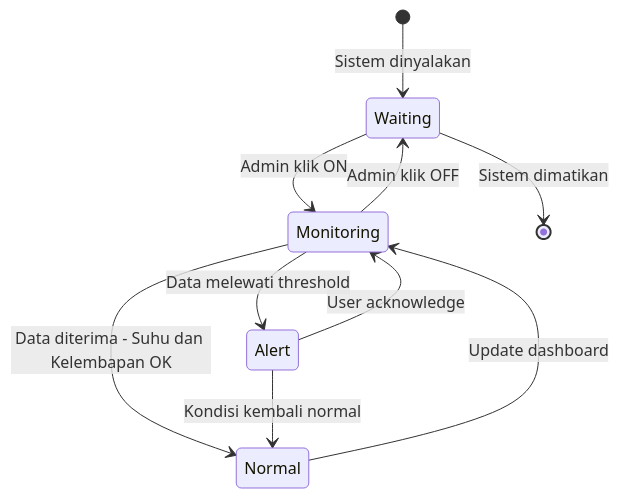
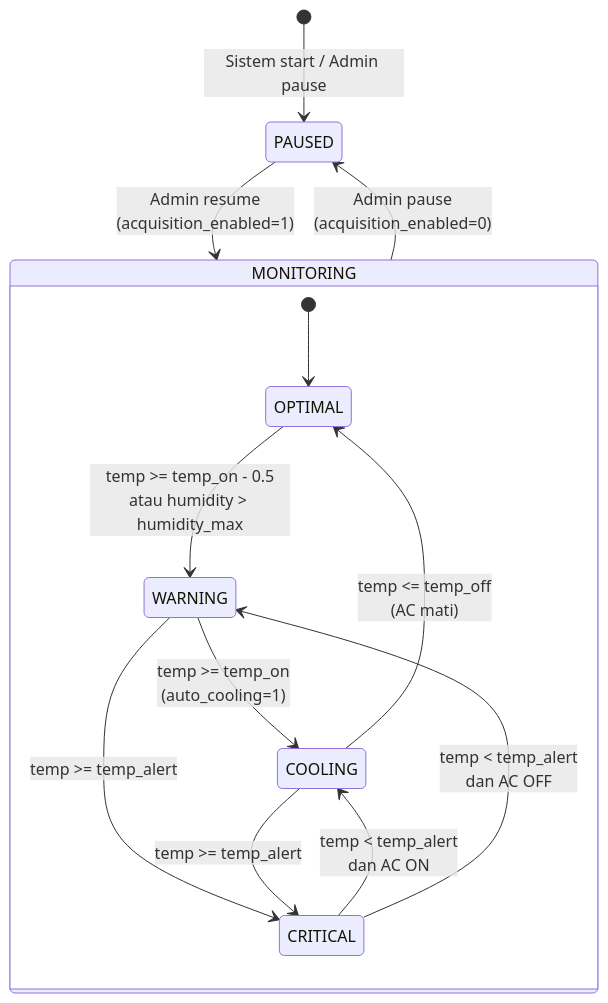
Before and after one commit to RPLUNIT052026/kelompok4-digitaltwin: the sixth of 6 diagrams in sprint-2/System_Modeling/01-analisis-sistem.md, drawn with Mermaid. The commit also changed other lines of this file, not shown here.

````diff
--- a/sprint-2/System_Modeling/01-analisis-sistem.md
+++ b/sprint-2/System_Modeling/01-analisis-sistem.md
@@ -174,15 +306,18 @@
 ```mermaid
 stateDiagram-v2
-    [*] --> Waiting : Sistem dinyalakan
-    
-    Waiting --> Monitoring : Admin klik ON
-    Monitoring --> Normal : Data diterima - Suhu dan Kelembapan OK
-    Monitoring --> Alert : Data melewati threshold
-    
-    Normal --> Monitoring : Update dashboard
-    Alert --> Monitoring : User acknowledge
-    Alert --> Normal : Kondisi kembali normal
-    
-    Monitoring --> Waiting : Admin klik OFF
-    Waiting --> [*] : Sistem dimatikan
+    [*] --> PAUSED : Sistem start / Admin pause
+
+    PAUSED --> MONITORING : Admin resume<br/>(acquisition_enabled=1)
+    MONITORING --> PAUSED : Admin pause<br/>(acquisition_enabled=0)
+
+    state MONITORING {
+        [*] --> OPTIMAL
+        OPTIMAL --> WARNING : temp >= temp_on - 0.5<br/>atau humidity > humidity_max
+        WARNING --> COOLING : temp >= temp_on<br/>(auto_cooling=1)
+        COOLING --> OPTIMAL : temp <= temp_off<br/>(AC mati)
+        WARNING --> CRITICAL : temp >= temp_alert
+        COOLING --> CRITICAL : temp >= temp_alert
+        CRITICAL --> COOLING : temp < temp_alert<br/>dan AC ON
+        CRITICAL --> WARNING : temp < temp_alert<br/>dan AC OFF
+    }
 ```
````
